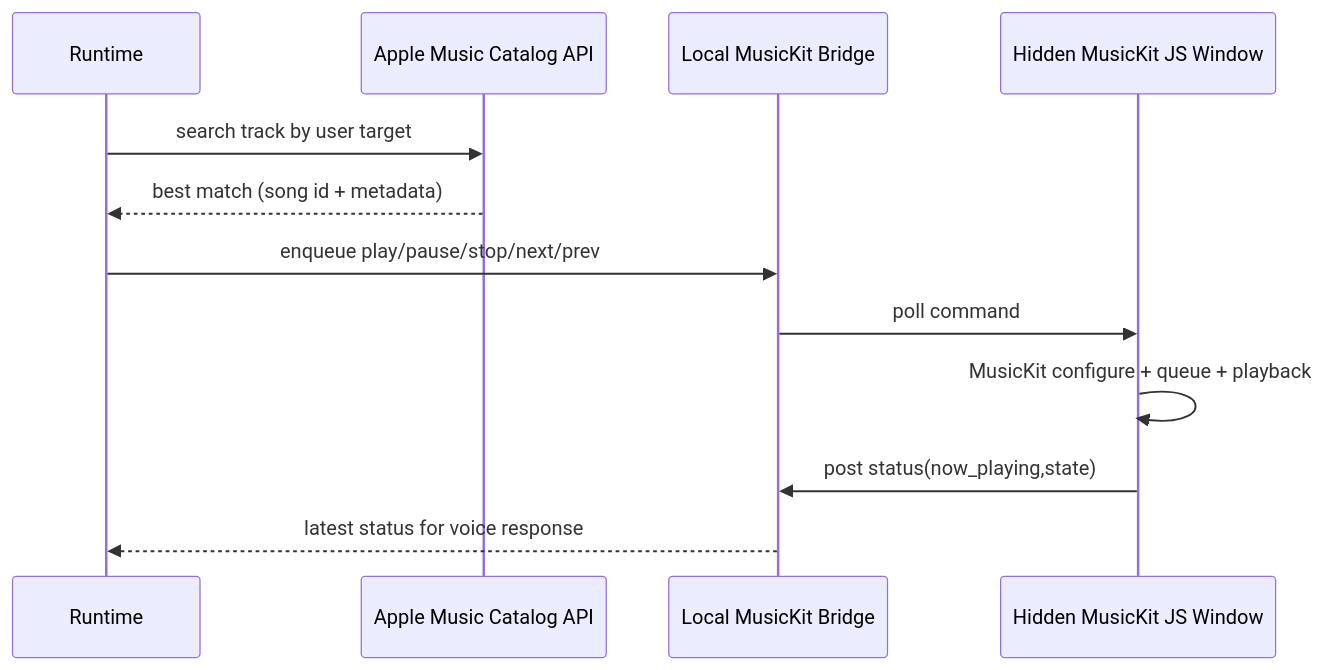
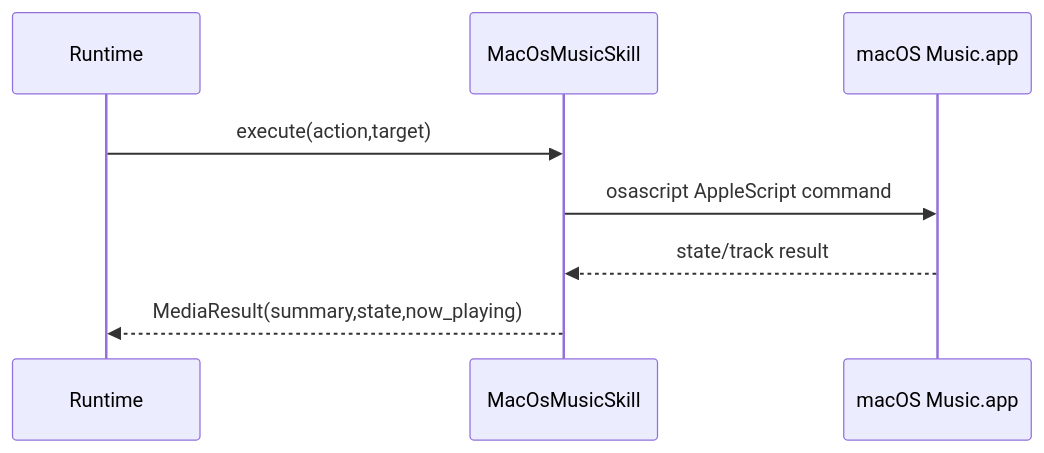
Before and after one commit to AncientiCe/aice: diagram 11 of 16 in docs/architecture/README.md, drawn with Mermaid. The commit also changed other lines of this file and 20 other files, not shown here.

````diff
--- a/docs/architecture/README.md
+++ b/docs/architecture/README.md
@@ -295,14 +295,10 @@
 ```mermaid
 sequenceDiagram
     participant Runtime
-    participant Catalog as Apple Music Catalog API
-    participant Bridge as Local MusicKit Bridge
-    participant Player as Hidden MusicKit JS Window
-    Runtime->>Catalog: search track by user target
-    Catalog-->>Runtime: best match (song id + metadata)
-    Runtime->>Bridge: enqueue play/pause/stop/next/prev
-    Bridge->>Player: poll command
-    Player->>Player: MusicKit configure + queue + playback
-    Player->>Bridge: post status(now_playing,state)
-    Bridge-->>Runtime: latest status for voice response
+    participant Skill as MacOsMusicSkill
+    participant Music as macOS Music.app
+    Runtime->>Skill: execute(action,target)
+    Skill->>Music: osascript AppleScript command
+    Music-->>Skill: state/track result
+    Skill-->>Runtime: MediaResult(summary,state,now_playing)
 ```
````
